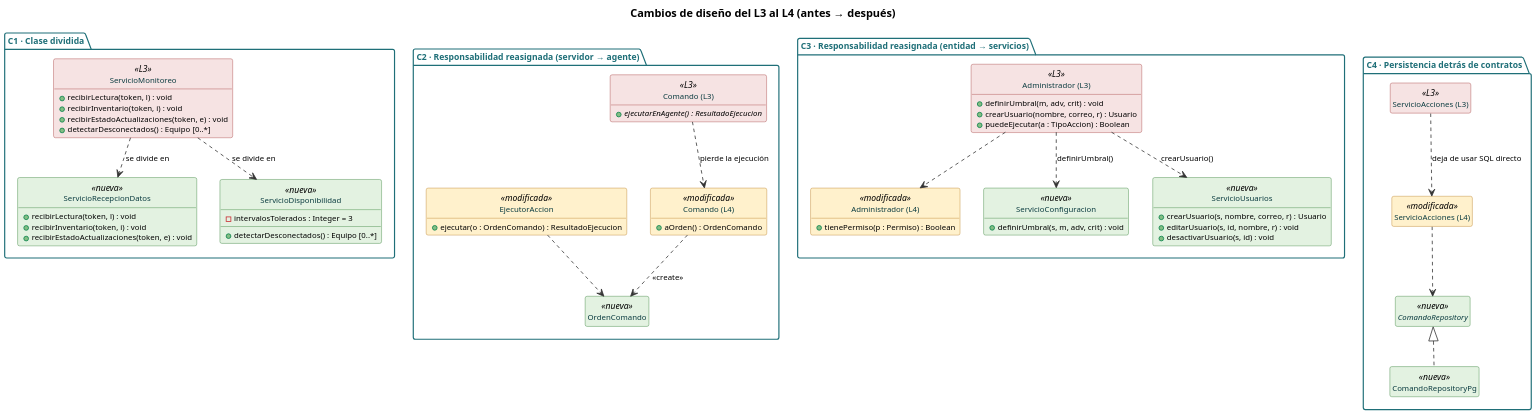
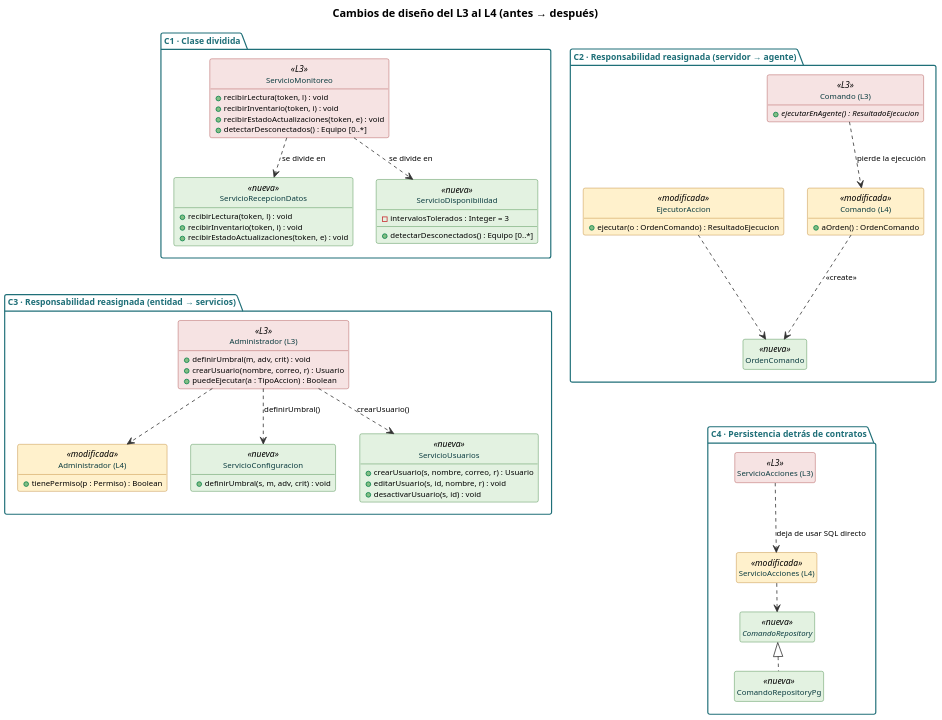
One commit to gazpel/SentinelaTI changed the diagram in docs/uml/refactorizacion_l4.puml. Above: the diagram before and after it, drawn with PlantUML. The commit also changed 33 other files, not shown here.

First line of the commit message:
docs: diagramas del L4 legibles al imprimir

```diff
--- a/docs/uml/refactorizacion_l4.puml
+++ b/docs/uml/refactorizacion_l4.puml
@@ -1,101 +1,105 @@
 @startuml refactorizacion_l4
 ' SentinelaTI - Cambios de diseño L3 -> L4 (antes / después)
 ' Render: java -jar plantuml.jar -graphvizdot <ruta>/dot.exe -tpng refactorizacion_l4.puml
 hide circle
 hide empty members
 skinparam dpi 150
 skinparam shadowing false
 skinparam defaultFontName Calibri
 skinparam defaultFontSize 11
 skinparam nodesep 30
 skinparam ranksep 35
 skinparam ArrowColor #333333
 skinparam ArrowFontSize 10
 skinparam class {
   BackgroundColor #EAF4F5
   BorderColor #1F6F78
   FontColor #0B3C40
   AttributeFontSize 10
   BackgroundColor<<L3>> #F6E3E3
   BorderColor<<L3>> #A33A3A
   BackgroundColor<<nueva>> #E3F2E1
   BorderColor<<nueva>> #2F7D32
   BackgroundColor<<modificada>> #FFF1CC
   BorderColor<<modificada>> #B7791F
 }
 skinparam package {
   BackgroundColor #FFFFFF
   BorderColor #1F6F78
   FontColor #1F6F78
 }
 
 title Cambios de diseño del L3 al L4 (antes → después)
 
 package "C1 · Clase dividida" {
   class "ServicioMonitoreo" as SM <<L3>> {
     + recibirLectura(token, l) : void
     + recibirInventario(token, i) : void
     + recibirEstadoActualizaciones(token, e) : void
     + detectarDesconectados() : Equipo [0..*]
   }
   class "ServicioRecepcionDatos" as SRD <<nueva>> {
     + recibirLectura(token, l) : void
     + recibirInventario(token, i) : void
     + recibirEstadoActualizaciones(token, e) : void
   }
   class "ServicioDisponibilidad" as SD <<nueva>> {
     - intervalosTolerados : Integer = 3
     + detectarDesconectados() : Equipo [0..*]
   }
   SM .down.> SRD : se divide en
   SM .down.> SD : se divide en
 }
 
 package "C2 · Responsabilidad reasignada (servidor → agente)" {
   class "Comando (L3)" as C3 <<L3>> {
     + {abstract} ejecutarEnAgente() : ResultadoEjecucion
   }
   class "Comando (L4)" as C4 <<modificada>> {
     + aOrden() : OrdenComando
   }
   class "OrdenComando" as OC <<nueva>>
   class "EjecutorAccion" as EA <<modificada>> {
     + ejecutar(o : OrdenComando) : ResultadoEjecucion
   }
   C3 .down.> C4 : pierde la ejecución
   C4 ..> OC : <<create>>
   EA ..> OC
 }
 
 package "C3 · Responsabilidad reasignada (entidad → servicios)" {
   class "Administrador (L3)" as AD3 <<L3>> {
     + definirUmbral(m, adv, crit) : void
     + crearUsuario(nombre, correo, r) : Usuario
     + puedeEjecutar(a : TipoAccion) : Boolean
   }
   class "Administrador (L4)" as AD4 <<modificada>> {
     + tienePermiso(p : Permiso) : Boolean
   }
   class "ServicioConfiguracion" as SC <<nueva>> {
     + definirUmbral(s, m, adv, crit) : void
   }
   class "ServicioUsuarios" as SU <<nueva>> {
     + crearUsuario(s, nombre, correo, r) : Usuario
     + editarUsuario(s, id, nombre, r) : void
     + desactivarUsuario(s, id) : void
   }
   AD3 .down.> AD4
   AD3 .down.> SC : definirUmbral()
   AD3 .down.> SU : crearUsuario()
 }
 
 package "C4 · Persistencia detrás de contratos" {
   class "ServicioAcciones (L3)" as SA3 <<L3>>
   class "ServicioAcciones (L4)" as SA4 <<modificada>>
   interface "ComandoRepository" as CR <<nueva>>
   class "ComandoRepositoryPg" as CRP <<nueva>>
   SA3 .down.> SA4 : deja de usar SQL directo
   SA4 ..> CR
   CRP .up.|> CR
 }
+
+' Distribución en cuadrícula 2 x 2: C1 sobre C3 y C2 sobre C4
+SRD -[hidden]down- AD3
+OC -[hidden]down- SA3
 @enduml
```
